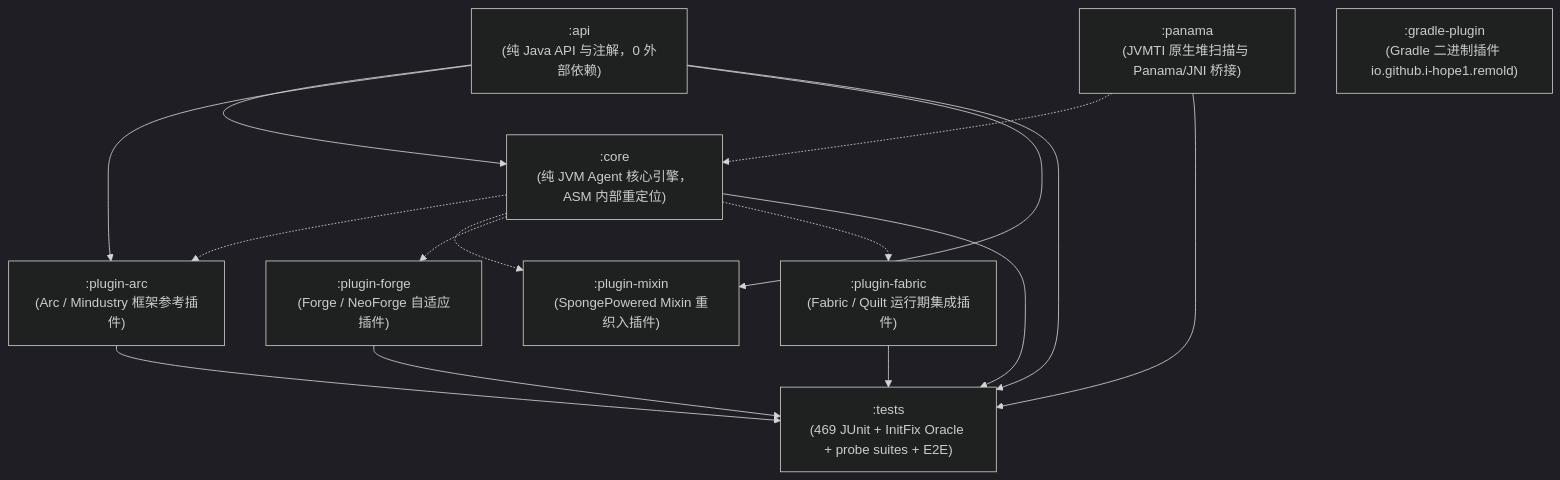
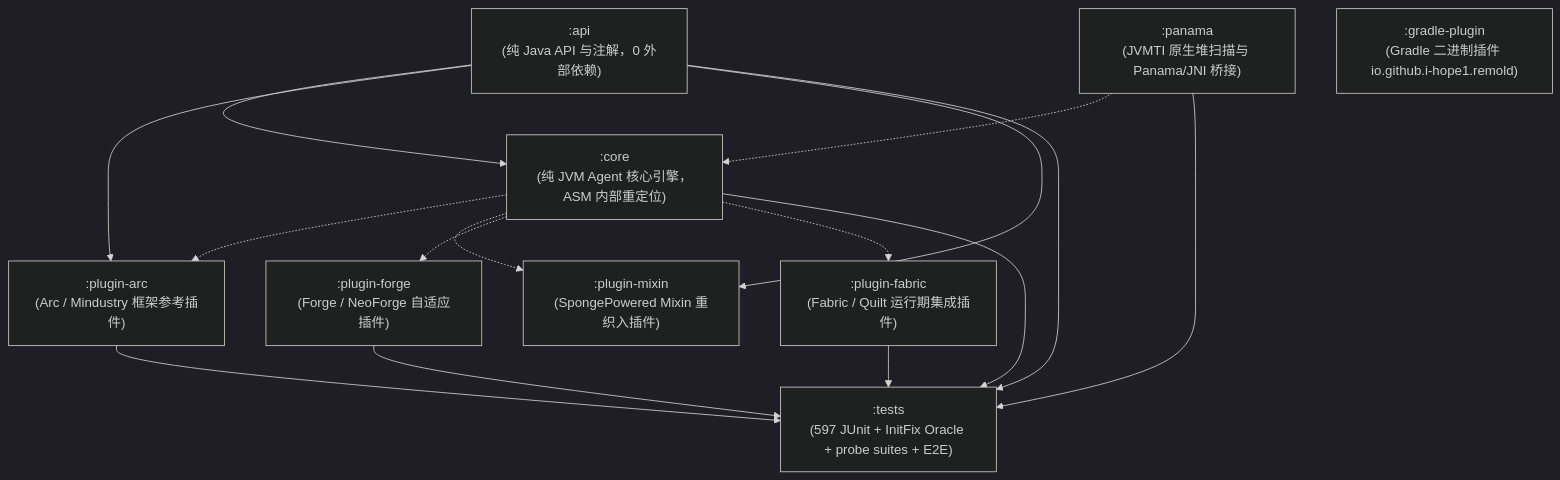
One commit to I-hope1/Remold changed the diagram in README.md. Above: the diagram before and after it, drawn with Mermaid (dark theme). The commit also changed other lines of this file and 1 other file, not shown here.

````diff
--- a/README.md
+++ b/README.md
@@ -438,27 +487,27 @@
 ```mermaid
 flowchart TD
     API[":api<br/>(纯 Java API 与注解，0 外部依赖)"]
     CORE[":core<br/>(纯 JVM Agent 核心引擎，ASM 内部重定位)"]
     PANAMA[":panama<br/>(JVMTI 原生堆扫描与 Panama/JNI 桥接)"]
     PLUGIN_ARC[":plugin-arc<br/>(Arc / Mindustry 框架参考插件)"]
     PLUGIN_MIXIN[":plugin-mixin<br/>(SpongePowered Mixin 重织入插件)"]
     PLUGIN_FORGE[":plugin-forge<br/>(Forge / NeoForge 自适应插件)"]
     PLUGIN_FABRIC[":plugin-fabric<br/>(Fabric / Quilt 运行期集成插件)"]
     GRADLE_PLUGIN[":gradle-plugin<br/>(Gradle 二进制插件 io.github.i-hope1.remold)"]
-    TESTS[":tests<br/>(469 JUnit + InitFix Oracle + probe suites + E2E)"]
+    TESTS[":tests<br/>(597 JUnit + InitFix Oracle + probe suites + E2E)"]
 
     API --> CORE
     PANAMA -.-> CORE
     API --> PLUGIN_ARC
     API --> PLUGIN_MIXIN
     CORE -.-> PLUGIN_ARC
     CORE -.-> PLUGIN_MIXIN
     CORE -.-> PLUGIN_FORGE
     CORE -.-> PLUGIN_FABRIC
     CORE --> TESTS
     API --> TESTS
     PANAMA --> TESTS
     PLUGIN_ARC --> TESTS
     PLUGIN_FORGE --> TESTS
     PLUGIN_FABRIC --> TESTS
 ```
````
